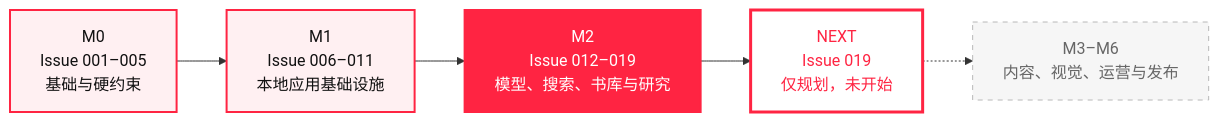
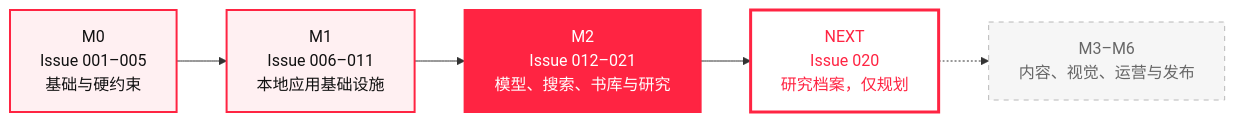
The first of 2 diagrams in README.md (KAtOReNA7/Rednote-Automated-Operation-Tool), drawn with Mermaid before and after one commit. The commit also changed other lines of this file and 77 other files, not shown here.

````diff
--- a/README.md
+++ b/README.md
@@ -53,17 +54,17 @@
 ```mermaid
 flowchart LR
     M0["M0<br/>Issue 001–005<br/>基础与硬约束"] --> M1["M1<br/>Issue 006–011<br/>本地应用基础设施"]
-    M1 --> M2["M2<br/>Issue 012–019<br/>模型、搜索、书库与研究"]
-    M2 --> NEXT["NEXT<br/>Issue 019<br/>仅规划，未开始"]
+    M1 --> M2["M2<br/>Issue 012–021<br/>模型、搜索、书库与研究"]
+    M2 --> NEXT["NEXT<br/>Issue 020<br/>研究档案，仅规划"]
     NEXT -.-> FUTURE["M3–M6<br/>内容、视觉、运营与发布"]
 
     classDef done fill:#fff0f2,stroke:#ff2442,color:#111,stroke-width:2px;
     classDef active fill:#ff2442,stroke:#ff2442,color:#fff,stroke-width:2px;
     classDef next fill:#fff,stroke:#ff2442,color:#ff2442,stroke-width:3px;
     classDef future fill:#f6f6f6,stroke:#b8b8b8,color:#666,stroke-dasharray:5 5;
 
     class M0,M1 done;
     class M2 active;
     class NEXT next;
     class FUTURE future;
 ```
````
